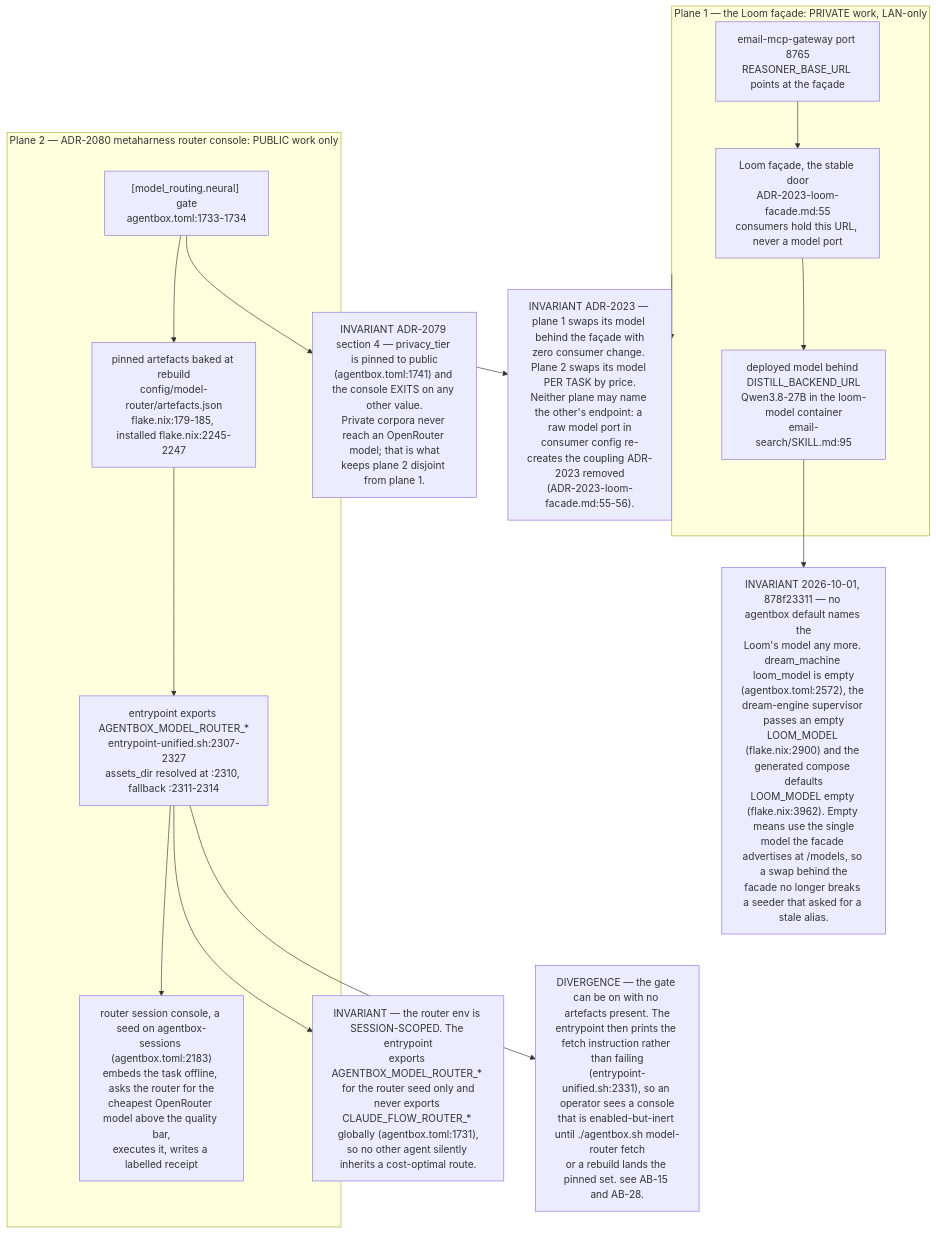
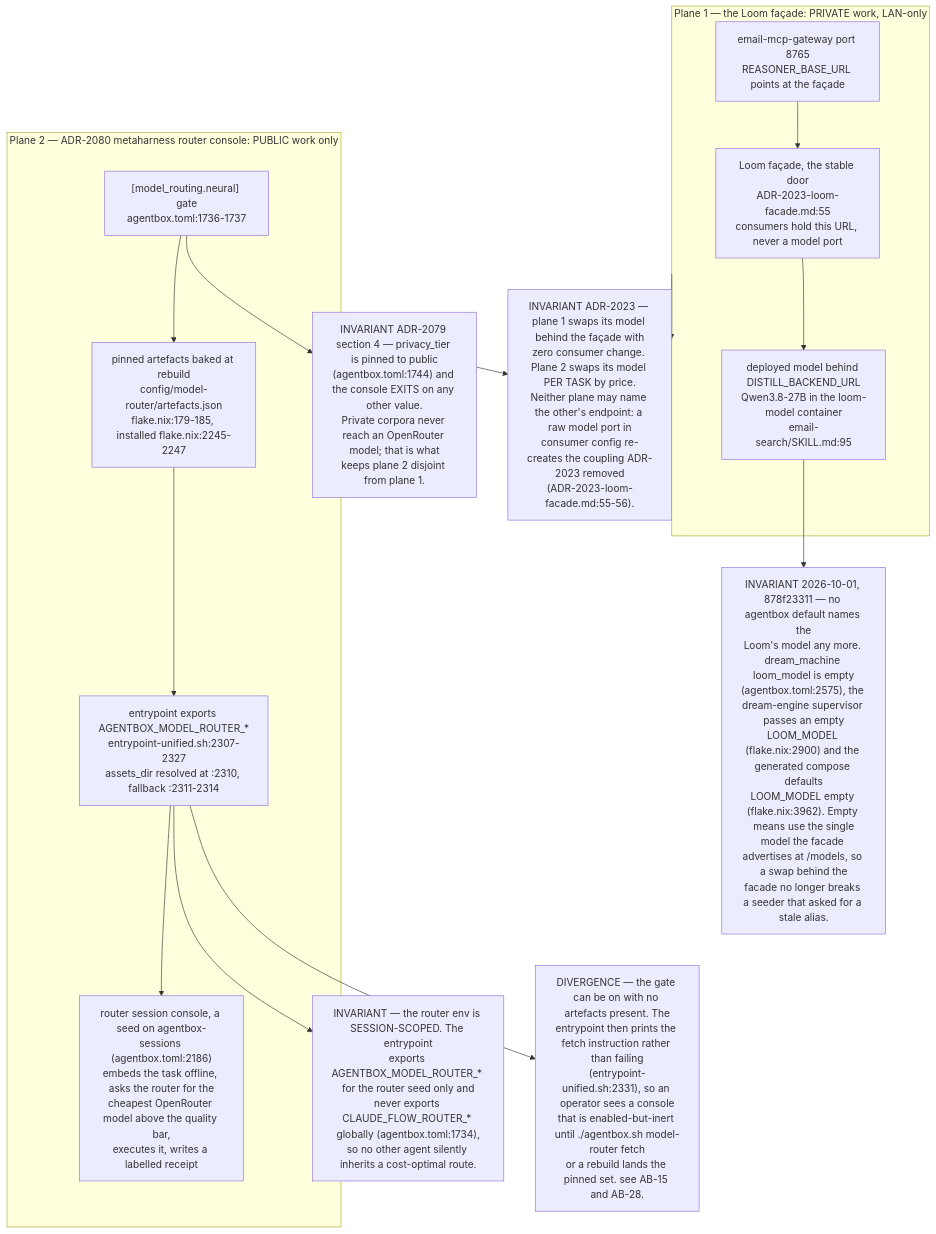
One commit to DreamLab-AI/VisionFlow changed the tenth of 11 diagrams in docs/diagrams/estate/06-loom-and-email-privacy-path.md. Above: the diagram before and after it, drawn with Mermaid. The commit also changed other lines of this file and 142 other files, not shown here.

First line of the commit message:
docs(diagrams): one System One route; re-verify 140 topics at today's heads

````diff
--- a/docs/diagrams/estate/06-loom-and-email-privacy-path.md
+++ b/docs/diagrams/estate/06-loom-and-email-privacy-path.md
@@ -351,31 +351,31 @@
 ```mermaid
 flowchart TB
     subgraph PRIV["Plane 1 — the Loom façade: PRIVATE work, LAN-only"]
         FAC["Loom façade, the stable door<br/>ADR-2023-loom-facade.md:55<br/>consumers hold this URL, never a model port"]
         MDL["deployed model behind DISTILL_BACKEND_URL<br/>Qwen3.8-27B in the loom-model container<br/>email-search/SKILL.md:95"]
         MAIL["email-mcp-gateway port 8765<br/>REASONER_BASE_URL points at the façade"]
         FAC --> MDL
         MAIL --> FAC
     end
 
     subgraph PUB["Plane 2 — ADR-2080 metaharness router console: PUBLIC work only"]
-        GATE["[model_routing.neural] gate<br/>agentbox.toml:1733-1734"]
+        GATE["[model_routing.neural] gate<br/>agentbox.toml:1736-1737"]
         ART["pinned artefacts baked at rebuild<br/>config/model-router/artefacts.json<br/>flake.nix:179-185, installed flake.nix:2245-2247"]
         ENV["entrypoint exports AGENTBOX_MODEL_ROUTER_*<br/>entrypoint-unified.sh:2307-2327<br/>assets_dir resolved at :2310, fallback :2311-2314"]
-        CON["router session console, a seed on agentbox-sessions (agentbox.toml:2183)<br/>embeds the task offline, asks the router for the<br/>cheapest OpenRouter model above the quality bar,<br/>executes it, writes a labelled receipt"]
+        CON["router session console, a seed on agentbox-sessions (agentbox.toml:2186)<br/>embeds the task offline, asks the router for the<br/>cheapest OpenRouter model above the quality bar,<br/>executes it, writes a labelled receipt"]
         GATE --> ART --> ENV --> CON
     end
 
-    INV1["INVARIANT ADR-2079 section 4 — privacy_tier is pinned to public<br/>(agentbox.toml:1741) and the console EXITS on any other value.<br/>Private corpora never reach an OpenRouter model; that is what<br/>keeps plane 2 disjoint from plane 1."]
-    INV2["INVARIANT — the router env is SESSION-SCOPED. The entrypoint<br/>exports AGENTBOX_MODEL_ROUTER_* for the router seed only and<br/>never exports CLAUDE_FLOW_ROUTER_* globally (agentbox.toml:1731),<br/>so no other agent silently inherits a cost-optimal route."]
+    INV1["INVARIANT ADR-2079 section 4 — privacy_tier is pinned to public<br/>(agentbox.toml:1744) and the console EXITS on any other value.<br/>Private corpora never reach an OpenRouter model; that is what<br/>keeps plane 2 disjoint from plane 1."]
+    INV2["INVARIANT — the router env is SESSION-SCOPED. The entrypoint<br/>exports AGENTBOX_MODEL_ROUTER_* for the router seed only and<br/>never exports CLAUDE_FLOW_ROUTER_* globally (agentbox.toml:1734),<br/>so no other agent silently inherits a cost-optimal route."]
     INV3["INVARIANT ADR-2023 — plane 1 swaps its model behind the façade with<br/>zero consumer change. Plane 2 swaps its model PER TASK by price.<br/>Neither plane may name the other's endpoint: a raw model port in<br/>consumer config re-creates the coupling ADR-2023 removed<br/>(ADR-2023-loom-facade.md:55-56)."]
     DEG["DIVERGENCE — the gate can be on with no artefacts present. The<br/>entrypoint then prints the fetch instruction rather than failing<br/>(entrypoint-unified.sh:2331), so an operator sees a console<br/>that is enabled-but-inert until ./agentbox.sh model-router fetch<br/>or a rebuild lands the pinned set. see AB-15 and AB-28."]
 
-    NOPIN["INVARIANT 2026-10-01, 878f23311 — no agentbox default names the<br/>Loom's model any more. dream_machine loom_model is empty<br/>(agentbox.toml:2572), the dream-engine supervisor passes an empty<br/>LOOM_MODEL (flake.nix:2900) and the generated compose defaults<br/>LOOM_MODEL empty (flake.nix:3962). Empty means use the single<br/>model the facade advertises at /models, so a swap behind the<br/>facade no longer breaks a seeder that asked for a stale alias."]
+    NOPIN["INVARIANT 2026-10-01, 878f23311 — no agentbox default names the<br/>Loom's model any more. dream_machine loom_model is empty<br/>(agentbox.toml:2575), the dream-engine supervisor passes an empty<br/>LOOM_MODEL (flake.nix:2900) and the generated compose defaults<br/>LOOM_MODEL empty (flake.nix:3962). Empty means use the single<br/>model the facade advertises at /models, so a swap behind the<br/>facade no longer breaks a seeder that asked for a stale alias."]
     MDL --> NOPIN
     PRIV --> INV3
     PUB --> INV3
     GATE --> INV1
     ENV --> INV2
     ENV --> DEG
 ```
````
